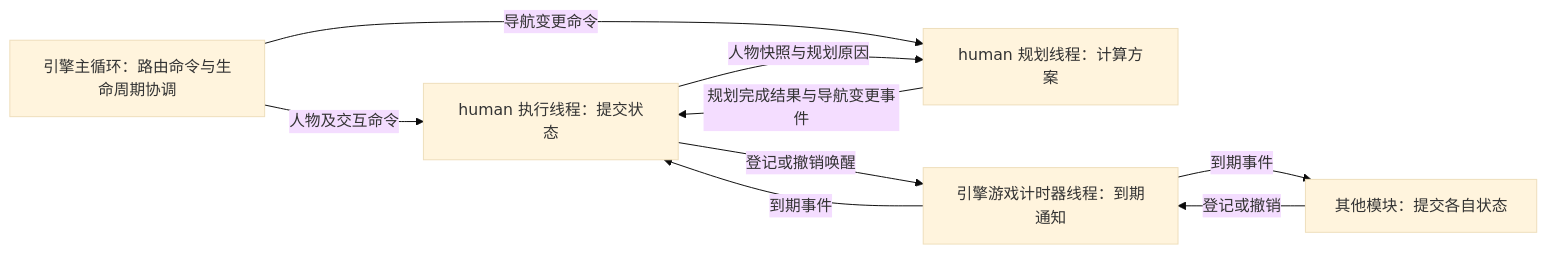
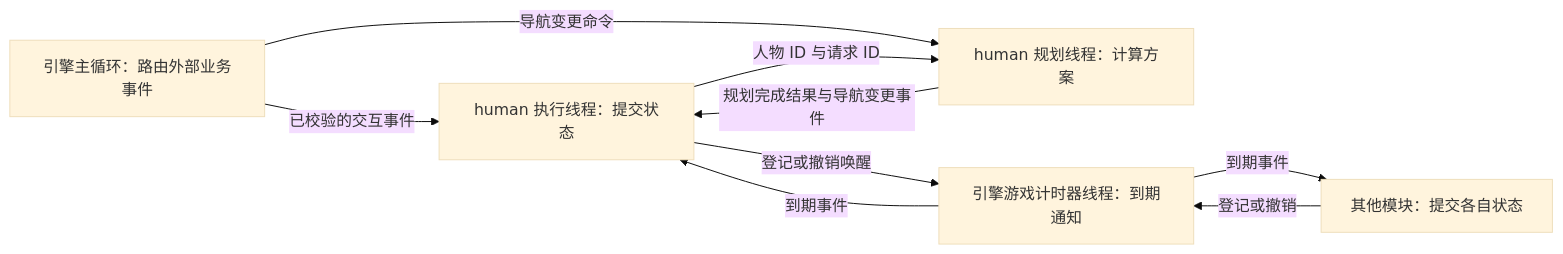
One commit to wenchuanli1989/island-nation-2 changed the diagram in human-ai.md. Above: the diagram before and after it, drawn with Mermaid (base theme). The commit also changed other lines of this file and 48 other files, not shown here.

````diff
--- a/human-ai.md
+++ b/human-ai.md
@@ -140,16 +140,16 @@
 ```mermaid
 flowchart LR
-    Main[引擎主循环：路由命令与生命周期协调]
+    Main[引擎主循环：路由外部业务事件]
     Execute[human 执行线程：提交状态]
     Plan[human 规划线程：计算方案]
     GameTimer[引擎游戏计时器线程：到期通知]
     Other[其他模块：提交各自状态]
-    Main -->|人物及交互命令| Execute
+    Main -->|已校验的交互事件| Execute
     Main -->|导航变更命令| Plan
-    Execute -->|人物快照与规划原因| Plan
+    Execute -->|人物 ID 与请求 ID| Plan
     Plan -->|规划完成结果与导航变更事件| Execute
     Execute -->|登记或撤销唤醒| GameTimer
     GameTimer -->|到期事件| Execute
     Other -->|登记或撤销| GameTimer
     GameTimer -->|到期事件| Other
 ```
````
